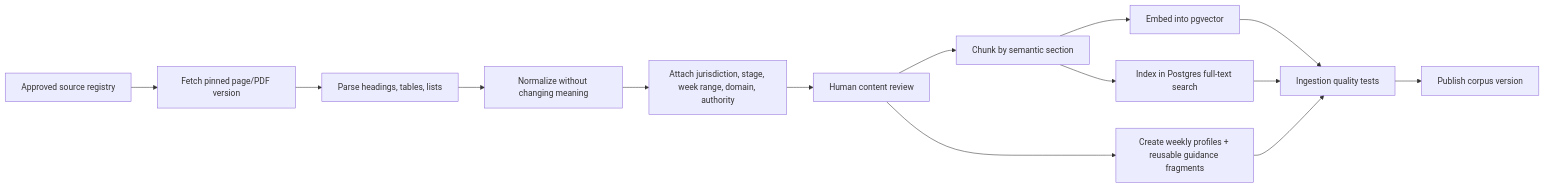
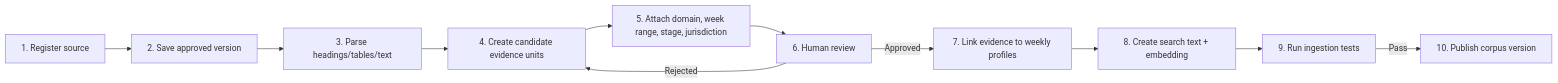
One commit to ASWATHHARISH/nestline changed the second of 4 diagrams in docs/Nestline updated architecture.md. Above: the diagram before and after it, drawn with Mermaid. The commit also changed other lines of this file, not shown here.

````diff
--- a/docs/Nestline updated architecture.md
+++ b/docs/Nestline updated architecture.md
@@ -342,16 +277,13 @@
 ```mermaid
 flowchart LR
-    A["Approved source registry"] --> B["Fetch pinned page/PDF version"]
-    B --> C["Parse headings, tables, lists"]
-    C --> D["Normalize without changing meaning"]
-    D --> E["Attach jurisdiction, stage, week range, domain, authority"]
-    E --> F["Human content review"]
-    F --> G["Chunk by semantic section"]
-    G --> H["Embed into pgvector"]
-    G --> I["Index in Postgres full-text search"]
-    F --> J["Create weekly profiles + reusable guidance fragments"]
-    H --> K["Ingestion quality tests"]
-    I --> K
-    J --> K
-    K --> L["Publish corpus version"]
+    A["1. Register source"] --> B["2. Save approved version"]
+    B --> C["3. Parse headings/tables/text"]
+    C --> D["4. Create candidate evidence units"]
+    D --> E["5. Attach domain, week range, stage, jurisdiction"]
+    E --> F["6. Human review"]
+    F -->|Rejected| D
+    F -->|Approved| G["7. Link evidence to weekly profiles"]
+    G --> H["8. Create search text + embedding"]
+    H --> I["9. Run ingestion tests"]
+    I -->|Pass| J["10. Publish corpus version"]
 ```
````
